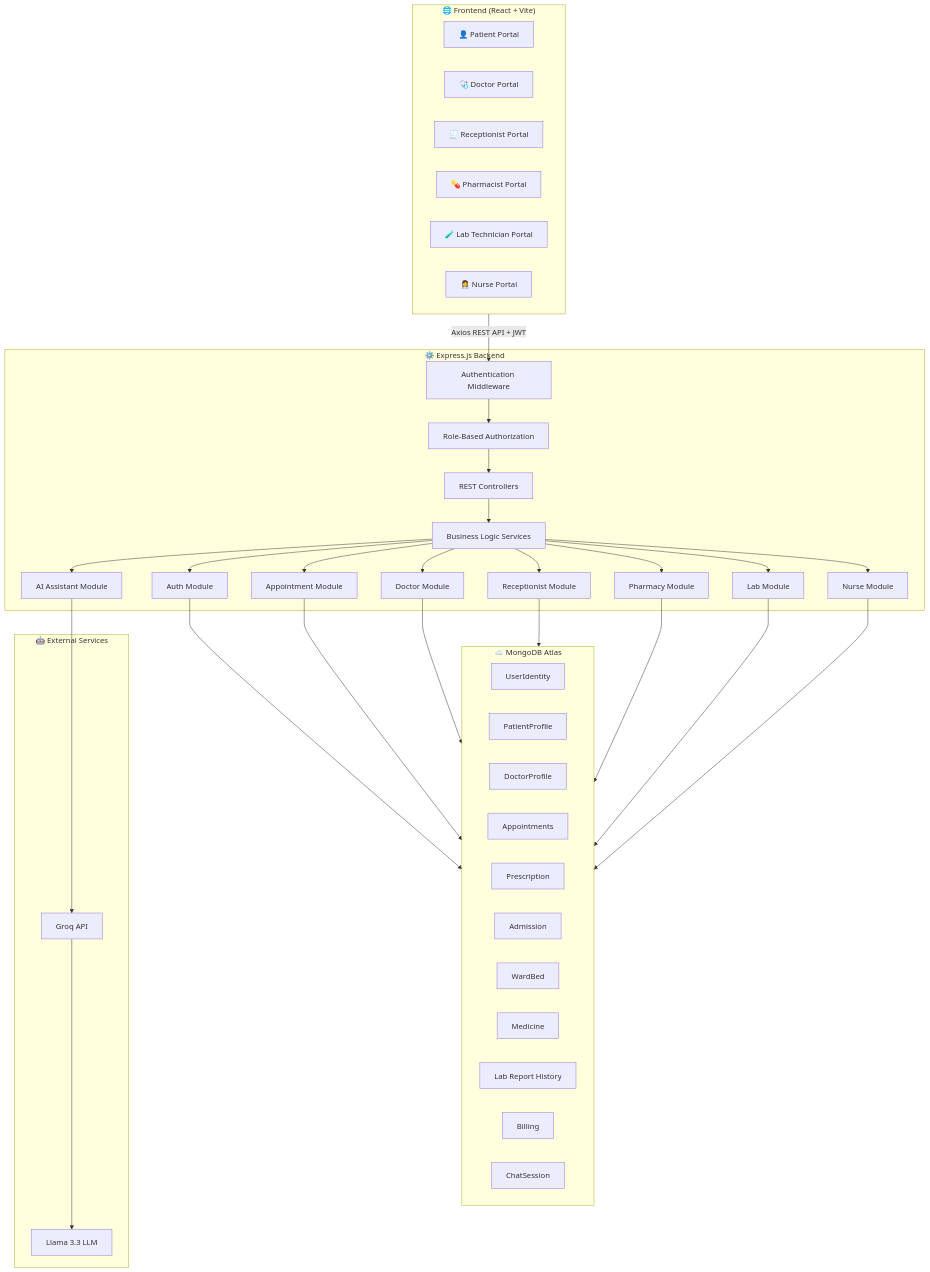
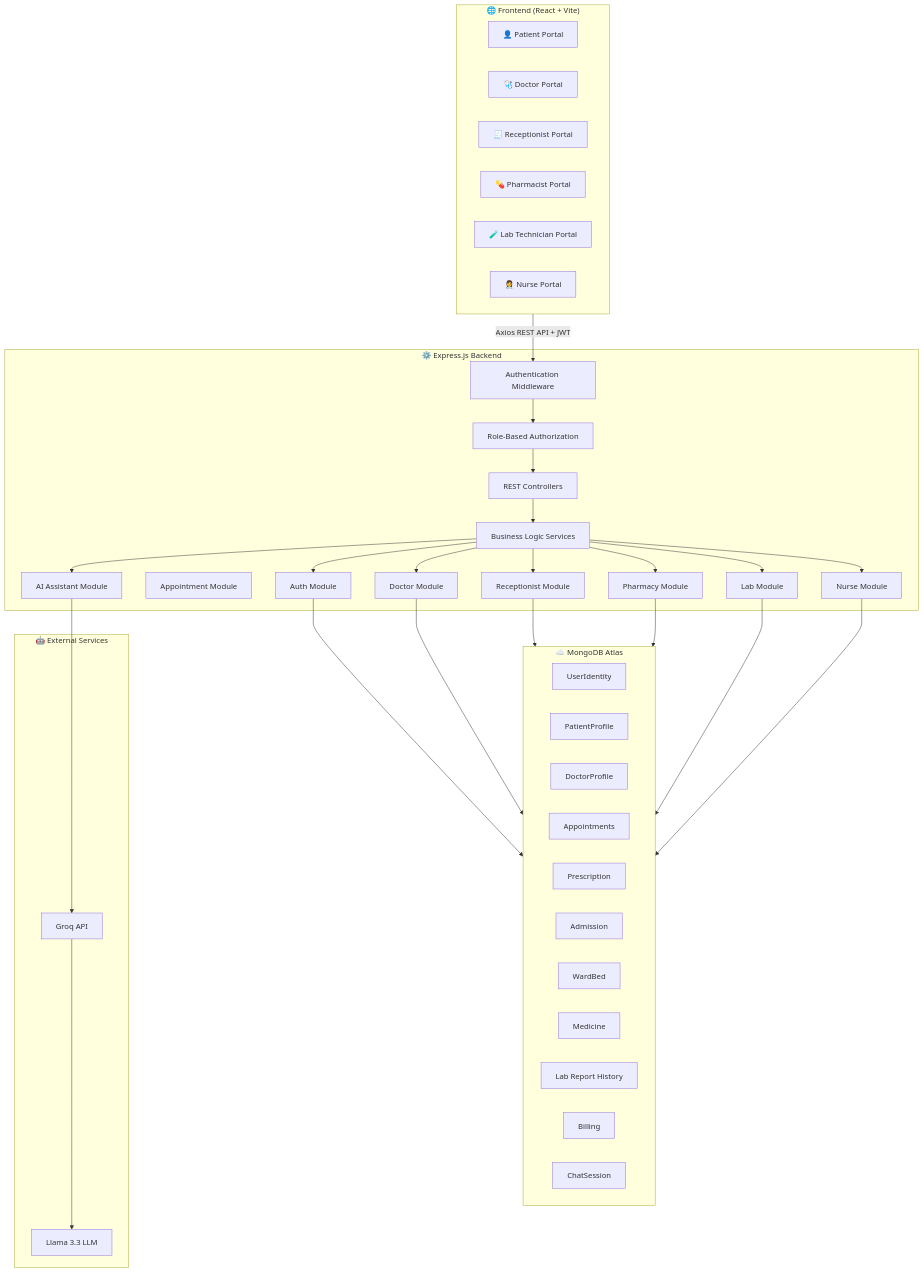
The first of 3 diagrams in README.md (HetLimbani-learnerboy/CareOS), drawn with Mermaid before and after one commit. The commit also changed other lines of this file, not shown here.

````diff
--- a/README.md
+++ b/README.md
@@ -183,72 +183,70 @@
 ```mermaid
 flowchart TD
 
 subgraph Frontend["🌐 Frontend (React + Vite)"]
     Patient["👤 Patient Portal"]
     Doctor["🩺 Doctor Portal"]
     Receptionist["🧾 Receptionist Portal"]
     Pharmacist["💊 Pharmacist Portal"]
     Lab["🧪 Lab Technician Portal"]
     Nurse["👩‍⚕️ Nurse Portal"]
 end
 
 subgraph Backend["⚙️ Express.js Backend"]
     Middleware["Authentication Middleware"]
     Authorization["Role-Based Authorization"]
     Controllers["REST Controllers"]
     Services["Business Logic Services"]
 
     Auth["Auth Module"]
     Appointment["Appointment Module"]
     DoctorAPI["Doctor Module"]
     Reception["Receptionist Module"]
     Pharmacy["Pharmacy Module"]
     Laboratory["Lab Module"]
     Nursing["Nurse Module"]
     AI["AI Assistant Module"]
 end
 
 subgraph Database["☁️ MongoDB Atlas"]
     UserIdentity
     PatientProfile
     DoctorProfile
     AppointmentDB["Appointments"]
     Prescription
     Admission
     WardBed
     Medicine
     LabHistory["Lab Report History"]
     Billing
     ChatSession
 end
 
 subgraph External["🤖 External Services"]
     Groq["Groq API"]
     Llama["Llama 3.3 LLM"]
 end
 
 Frontend -->|Axios REST API + JWT| Middleware
 Middleware --> Authorization
 Authorization --> Controllers
 Controllers --> Services
 
 Services --> Auth
-Services --> Appointment
 Services --> DoctorAPI
 Services --> Reception
 Services --> Pharmacy
 Services --> Laboratory
 Services --> Nursing
 Services --> AI
 
 Auth --> Database
-Appointment --> Database
 DoctorAPI --> Database
 Reception --> Database
 Pharmacy --> Database
 Laboratory --> Database
 Nursing --> Database
 
 AI --> Groq
 Groq --> Llama
 ```
````
